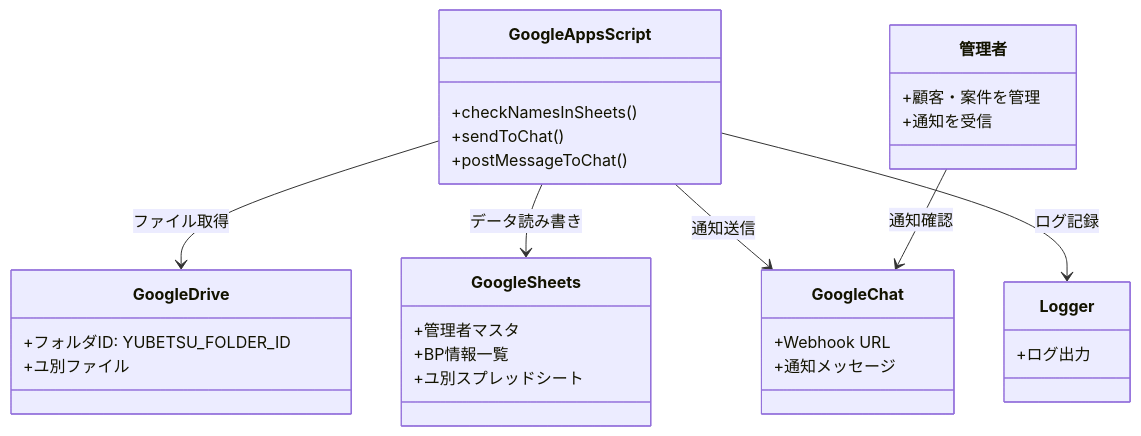
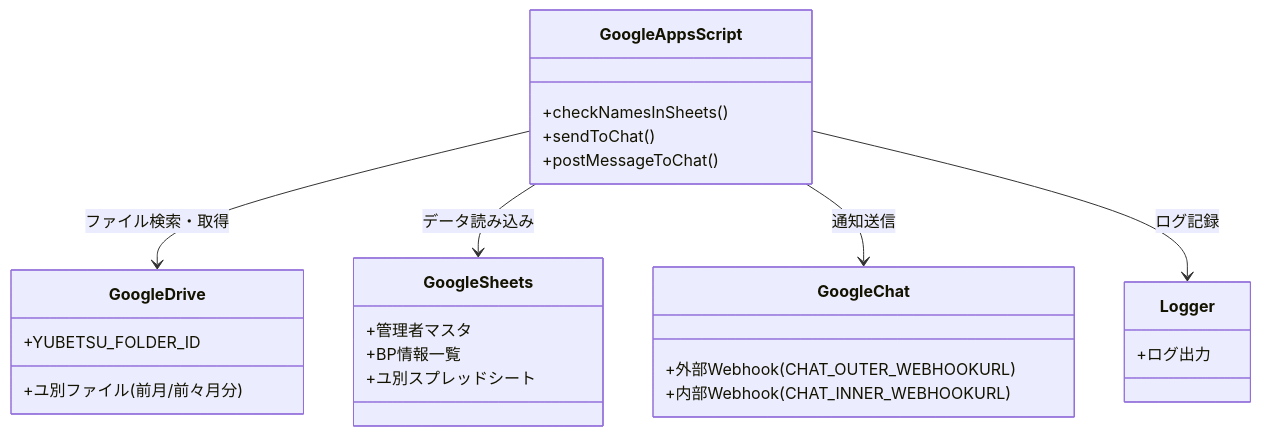
The fourth of 4 diagrams in docs/ユ別とBP一覧の比較_基本設計書.md (takeshiyoshida76-cell/takeshiyoshida76), drawn with Mermaid before and after one commit. The commit also changed other lines of this file, not shown here.

````diff
--- a/docs/ユ別とBP一覧の比較_基本設計書.md
+++ b/docs/ユ別とBP一覧の比較_基本設計書.md
@@ -162,33 +173,28 @@
 ```mermaid
 classDiagram
     class GoogleAppsScript {
         +checkNamesInSheets()
         +sendToChat()
         +postMessageToChat()
     }
     class GoogleDrive {
-        +フォルダID: YUBETSU_FOLDER_ID
-        +ユ別ファイル
+        +YUBETSU_FOLDER_ID
+        +ユ別ファイル (前月/前々月分)
     }
     class GoogleSheets {
         +管理者マスタ
         +BP情報一覧
         +ユ別スプレッドシート
     }
     class GoogleChat {
-        +Webhook URL
-        +通知メッセージ
-    }
-    class 管理者 {
-        +顧客・案件を管理
-        +通知を受信
+        +外部Webhook (CHAT_OUTER_WEBHOOKURL)
+        +内部Webhook (CHAT_INNER_WEBHOOKURL)
     }
     class Logger {
         +ログ出力
     }
-    GoogleAppsScript --> GoogleDrive : ファイル取得
-    GoogleAppsScript --> GoogleSheets : データ読み書き
+    GoogleAppsScript --> GoogleDrive : ファイル検索・取得
+    GoogleAppsScript --> GoogleSheets : データ読み込み
     GoogleAppsScript --> GoogleChat : 通知送信
     GoogleAppsScript --> Logger : ログ記録
-    管理者 --> GoogleChat : 通知確認
 ```
````
